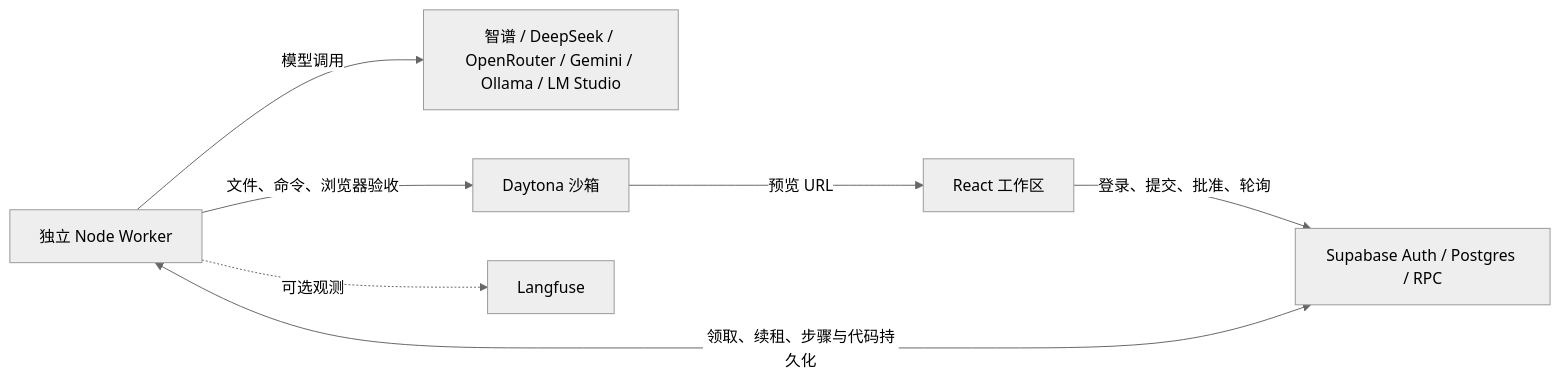
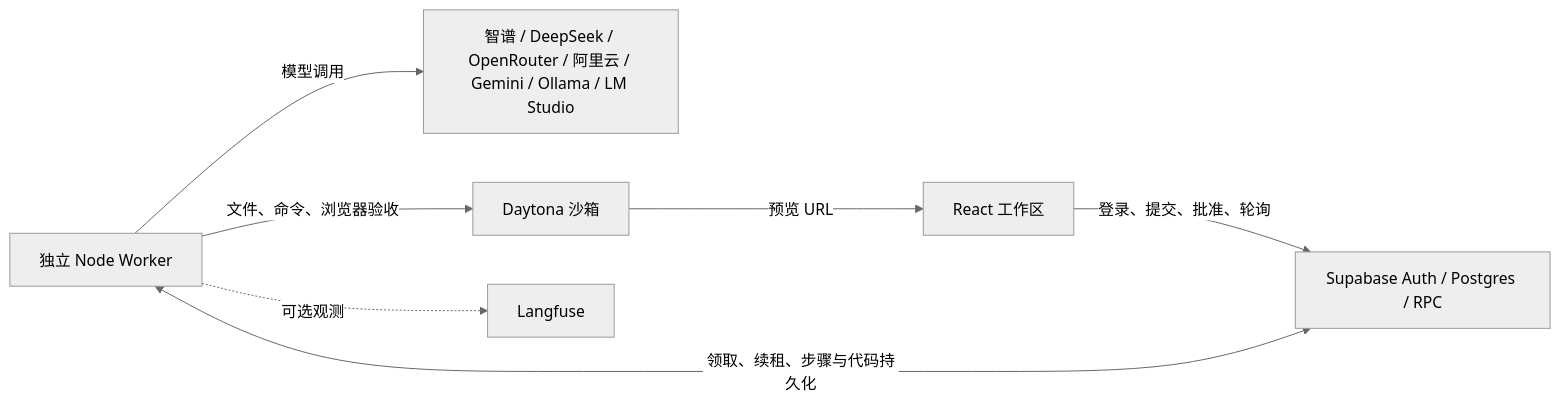
Before and after one commit to Tym216/idea-to-app-forge: the diagram in README.md, drawn with Mermaid (neutral theme). The commit also changed other lines of this file and 13 other files, not shown here.

````diff
--- a/README.md
+++ b/README.md
@@ -23,9 +23,9 @@
 ```mermaid
 flowchart LR
     UI[React 工作区] -->|登录、提交、批准、轮询| DB[Supabase Auth / Postgres / RPC]
     W[独立 Node Worker] <-->|领取、续租、步骤与代码持久化| DB
-    W -->|模型调用| LLM[智谱 / DeepSeek / OpenRouter / Gemini / Ollama / LM Studio]
+    W -->|模型调用| LLM[智谱 / DeepSeek / OpenRouter / 阿里云 / Gemini / Ollama / LM Studio]
     W -->|文件、命令、浏览器验收| SB[Daytona 沙箱]
     SB -->|预览 URL| UI
     W -. 可选观测 .-> LF[Langfuse]
 ```
````
